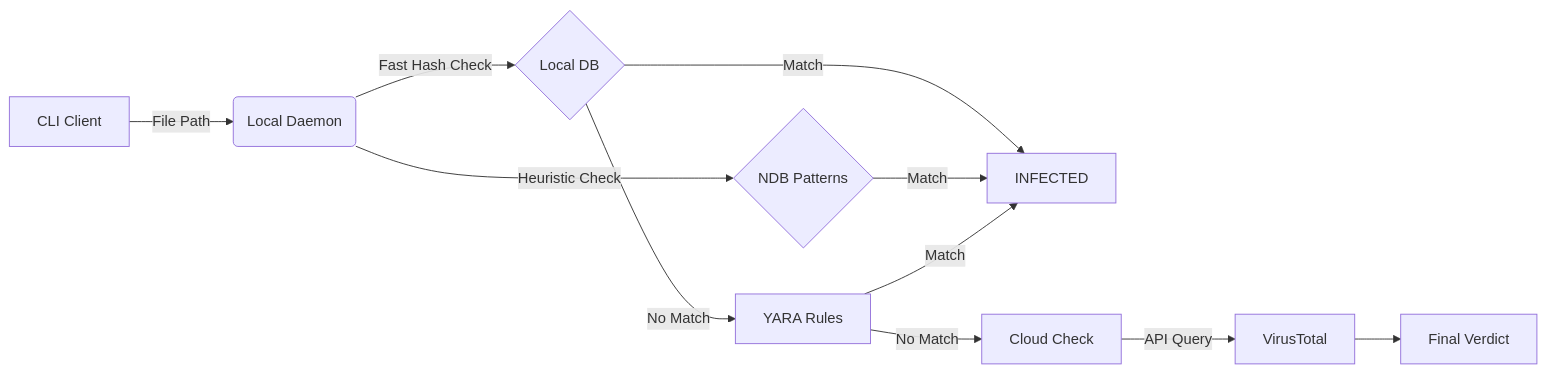
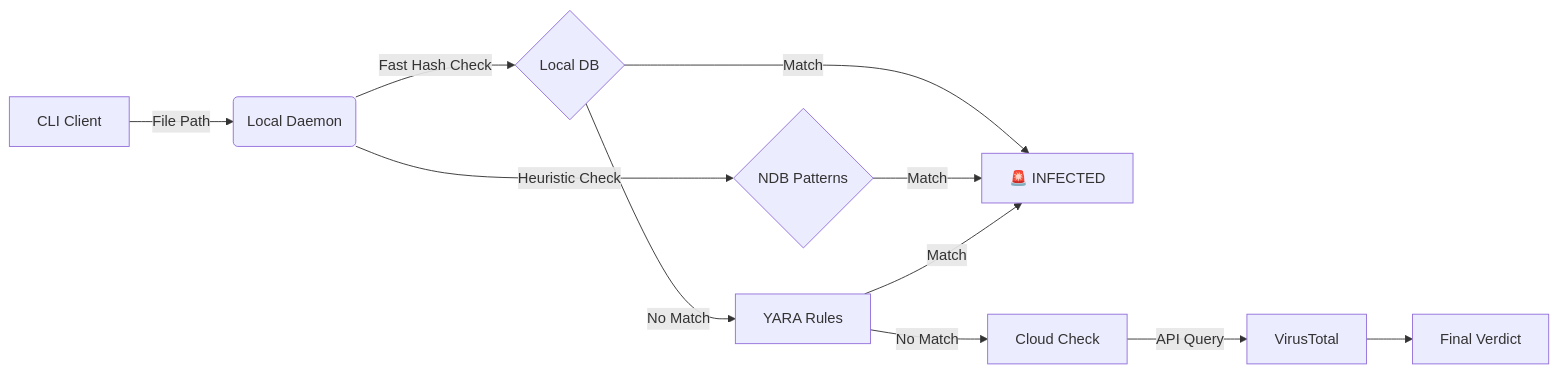
The diagram in README.md (VelkaRepo/HashShield), drawn with Mermaid before and after one commit. The commit also changed other lines of this file and 1 other file, not shown here.

````diff
--- a/README.md
+++ b/README.md
@@ -39,13 +38,13 @@
 ```mermaid
 graph LR
     A[CLI Client] -->|File Path| B(Local Daemon);
     B -->|Fast Hash Check| C{Local DB};
     B -->|Heuristic Check| D{NDB Patterns};
-    C -- Match --> E[ INFECTED];
+    C -- Match --> E[🚨 INFECTED];
     D -- Match --> E;
     C -- No Match --> F[YARA Rules];
     F -- Match --> E;
     F -- No Match --> G[Cloud Check];
     G -->|API Query| H[VirusTotal];
     H --> I[Final Verdict];
 ```
````
